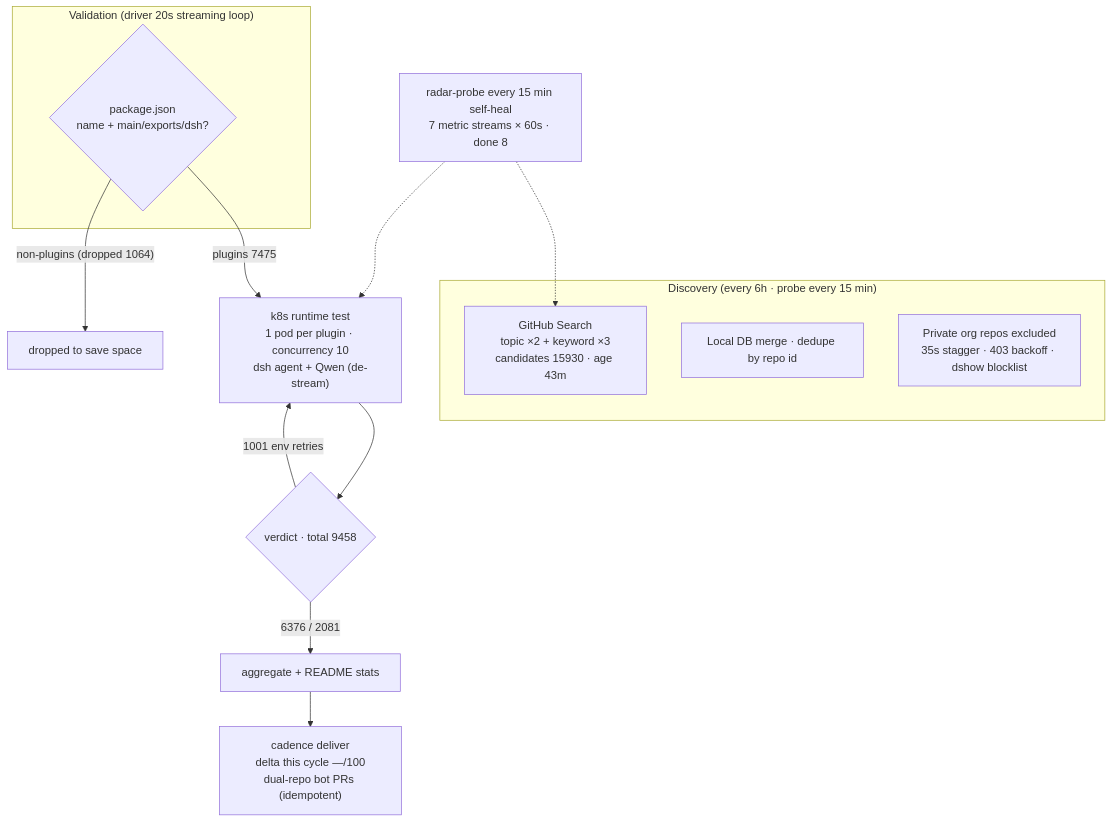
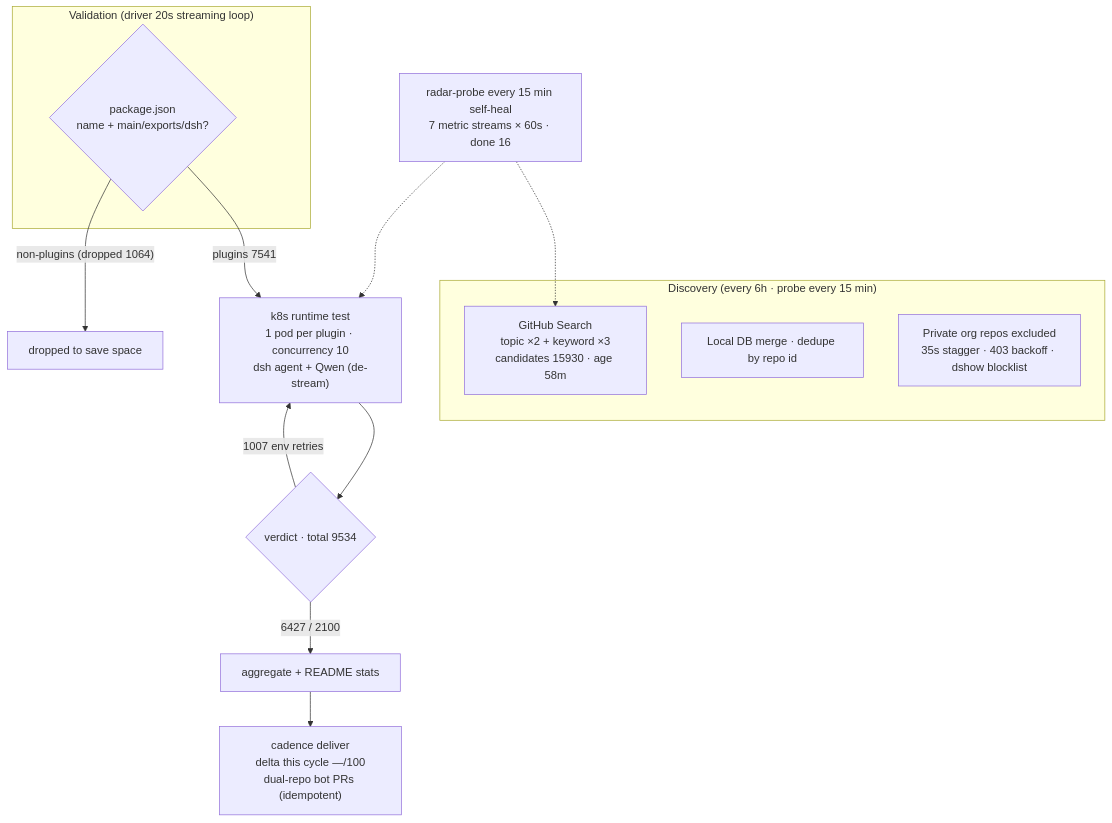
Before and after one commit to AdamPlatin123/awesome-dsh-plugins: the diagram in README.en-US.md, drawn with Mermaid. The commit also changed other lines of this file and 4 other files, not shown here.

````diff
--- a/README.en-US.md
+++ b/README.en-US.md
@@ -30,20 +30,20 @@
 ```mermaid
 flowchart TB
     subgraph Discovery["Discovery (every 6h · probe every 15 min)"]
-        A1["GitHub Search<br/>topic ×2 + keyword ×3<br/>candidates 15930 · age 43m"]
+        A1["GitHub Search<br/>topic ×2 + keyword ×3<br/>candidates 15930 · age 58m"]
         A2["Local DB merge · dedupe by repo id"]
         A3["Private org repos excluded<br/>35s stagger · 403 backoff · dshow blocklist"]
     end
     subgraph Validation["Validation (driver 20s streaming loop)"]
         B1{"package.json<br/>name + main/exports/dsh?"}
     end
-    B1 -->|"plugins 7475"| C1["k8s runtime test<br/>1 pod per plugin · concurrency 10<br/>dsh agent + Qwen (de-stream)"]
+    B1 -->|"plugins 7541"| C1["k8s runtime test<br/>1 pod per plugin · concurrency 10<br/>dsh agent + Qwen (de-stream)"]
     B1 -->|"non-plugins (dropped 1064)"| B3["dropped to save space"]
-    C1 --> D1{"verdict · total 9458"}
-    D1 -->|"6376 / 2081"| E1["aggregate + README stats"]
-    D1 -->|"1001 env retries"| C1
+    C1 --> D1{"verdict · total 9534"}
+    D1 -->|"6427 / 2100"| E1["aggregate + README stats"]
+    D1 -->|"1007 env retries"| C1
     E1 --> E2["cadence deliver<br/>delta this cycle —/100<br/>dual-repo bot PRs (idempotent)"]
-    M["radar-probe every 15 min self-heal<br/>7 metric streams × 60s · done 8"]
+    M["radar-probe every 15 min self-heal<br/>7 metric streams × 60s · done 16"]
     M -.-> A1
     M -.-> C1
 ```
````
